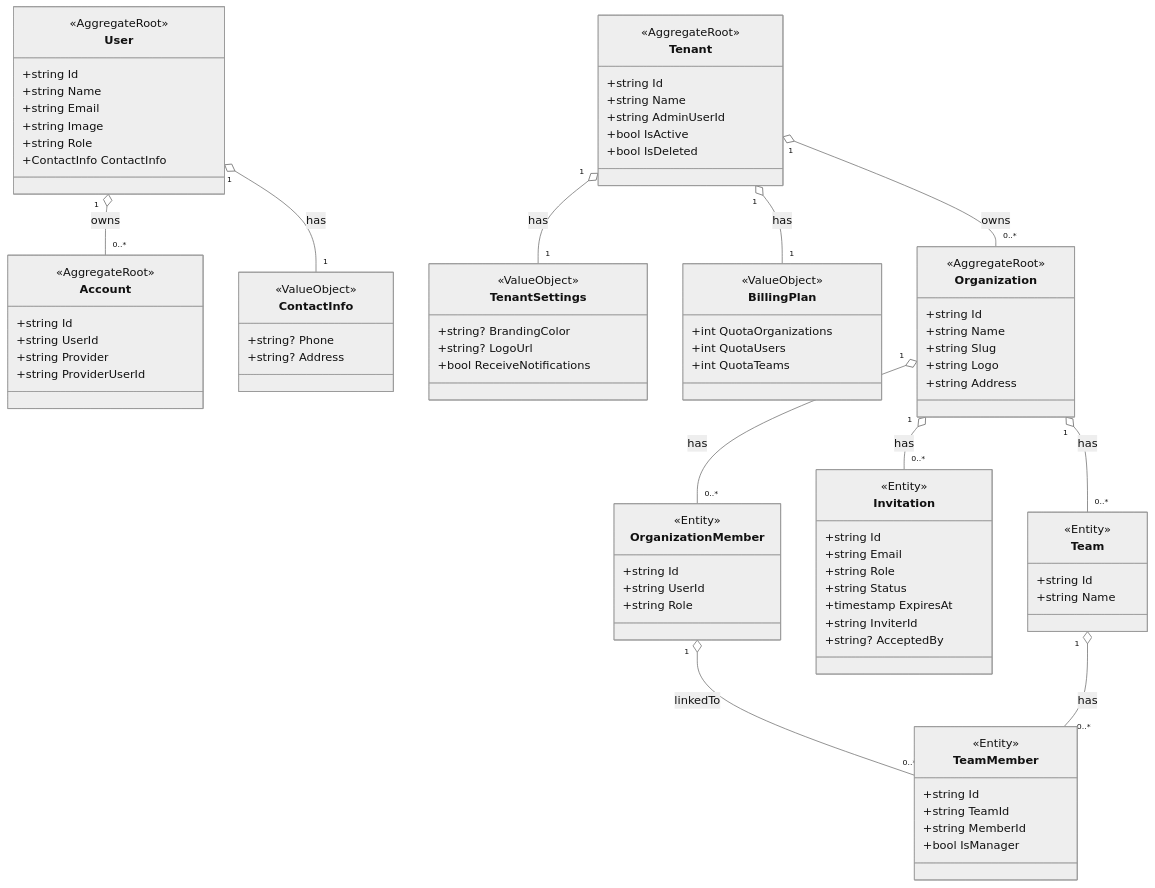
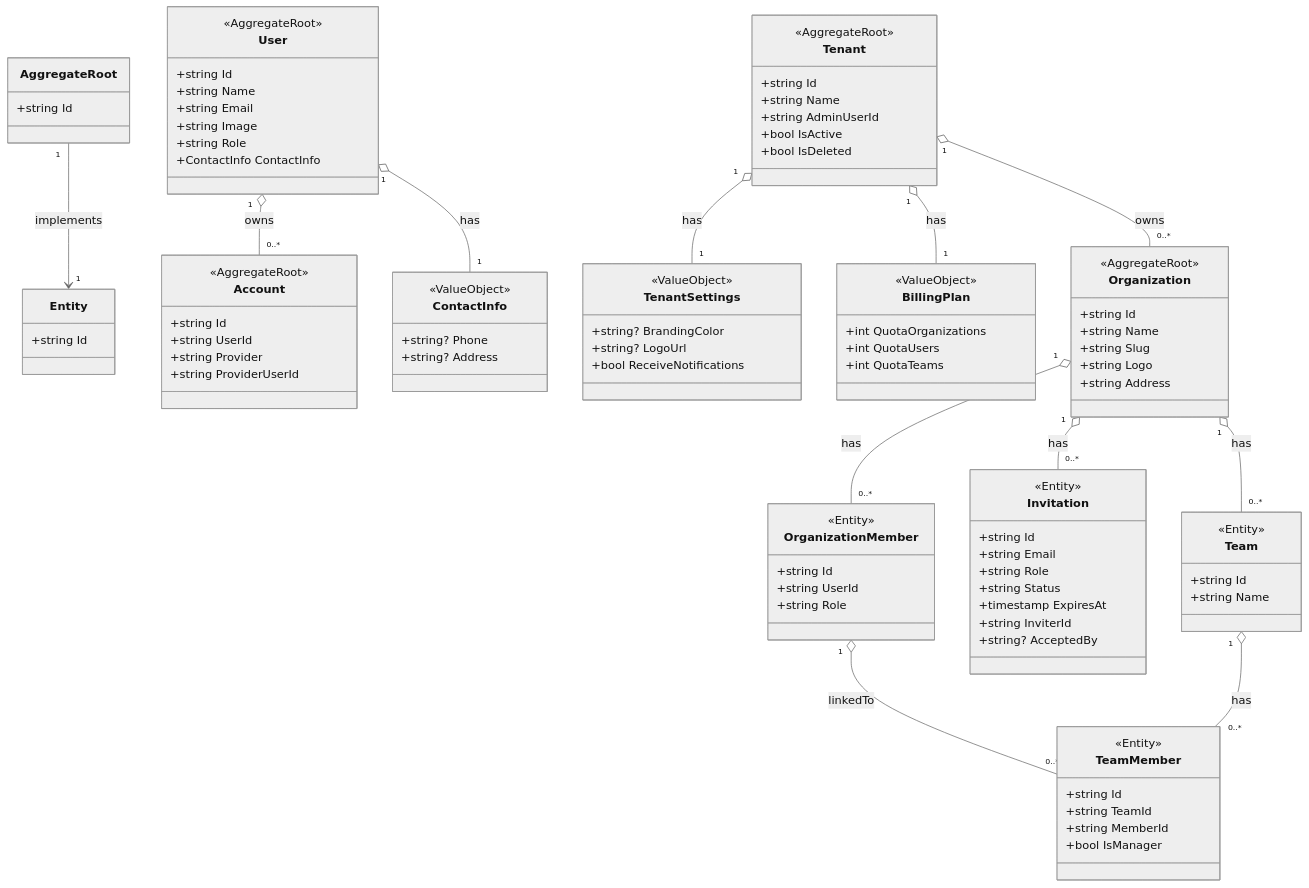
The diagram in docs/AccountService/domain.mmd (YannickUllisch/mirama-services), drawn with Mermaid (neutral theme) before and after one commit.

Commit message:
feat: visualizing aggregate root and entity

```diff
--- a/docs/AccountService/domain.mmd
+++ b/docs/AccountService/domain.mmd
@@ -1,120 +1,128 @@
 %% Mirama Account Service Domain Model (DDD)
 
 %% Aggregate Root Classes
 classDiagram
+    class AggregateRoot {
+        +string Id
+    }
+
+    class Entity {
+        +string Id
+    }
+
     class User {
         +string Id
         +string Name
         +string Email
         +string Image
         +string Role
         +ContactInfo ContactInfo
     }
     <<AggregateRoot>> User
 
     class Account {
         +string Id
         +string UserId
         +string Provider
         +string ProviderUserId
     }
     <<AggregateRoot>> Account
 
     class Organization {
         +string Id
         +string Name
         +string Slug
         +string Logo
         +string Address
     }
     <<AggregateRoot>> Organization
 
     class Tenant {
         +string Id
         +string Name
         +string AdminUserId
         +bool IsActive
         +bool IsDeleted
     }
     <<AggregateRoot>> Tenant
 
 %% Tenant-owned Entities
     class TenantSettings {
         +string? BrandingColor
         +string? LogoUrl
         +bool ReceiveNotifications
     }
     <<ValueObject>> TenantSettings
 
     class BillingPlan {
         +int QuotaOrganizations
         +int QuotaUsers
         +int QuotaTeams
     }
     <<ValueObject>> BillingPlan
 
 
 %% Organization-owned Entities
     class OrganizationMember {
         +string Id
         +string UserId
         +string Role
     }
 
     <<Entity>> OrganizationMember
 
     class Team {
         +string Id
         +string Name
     }
 
     <<Entity>> Team
 
     class TeamMember {
         +string Id
         +string TeamId
         +string MemberId
         +bool IsManager
     }
     <<Entity>> TeamMember
 
     class Invitation {
         +string Id
         +string Email
         +string Role
         +string Status
         +timestamp ExpiresAt
         +string InviterId
         +string? AcceptedBy
     }
     <<Entity>> Invitation
 
 
 %% Value Objects
     class ContactInfo {
         +string? Phone
         +string? Address
     }
     <<ValueObject>> ContactInfo
 
 %% Relationships
-
+AggregateRoot "1" --> "1" Entity : implements
 %% User / Account
     User "1" o-- "0..*" Account : owns
     User "1" o-- "1" ContactInfo : has
 
 %% Tenant / Tenant-owned entities
     Tenant "1" o-- "1" TenantSettings : has
     Tenant "1" o-- "1" BillingPlan : has
 
 %% Tenant / Organization
     Tenant "1" o-- "0..*" Organization : owns
 
 %% Organization / Organization-owned entities
     Organization "1" o-- "0..*" OrganizationMember : has
     Organization "1" o-- "0..*" Invitation : has
     Organization "1" o-- "0..*" Team : has
 
 %% Teams / Team Members
     Team "1" o-- "0..*" TeamMember : has
     OrganizationMember "1" o-- "0..*" TeamMember : linkedTo
```
